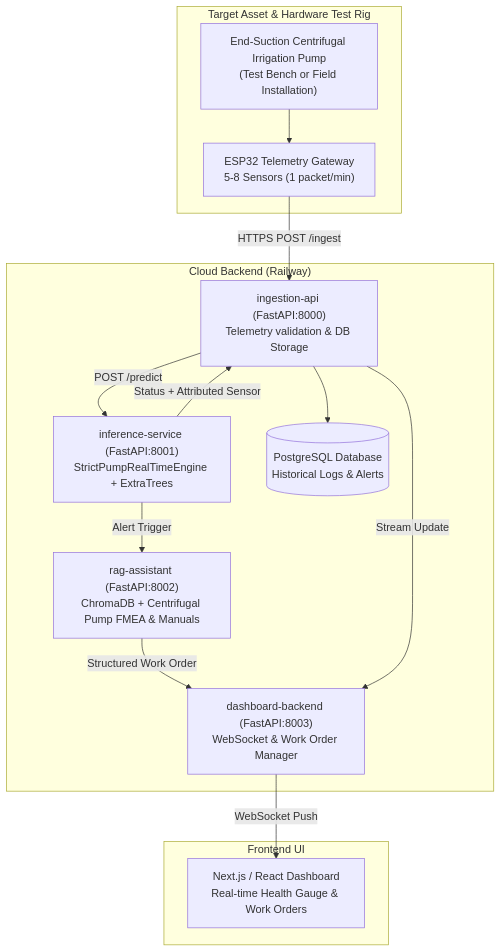
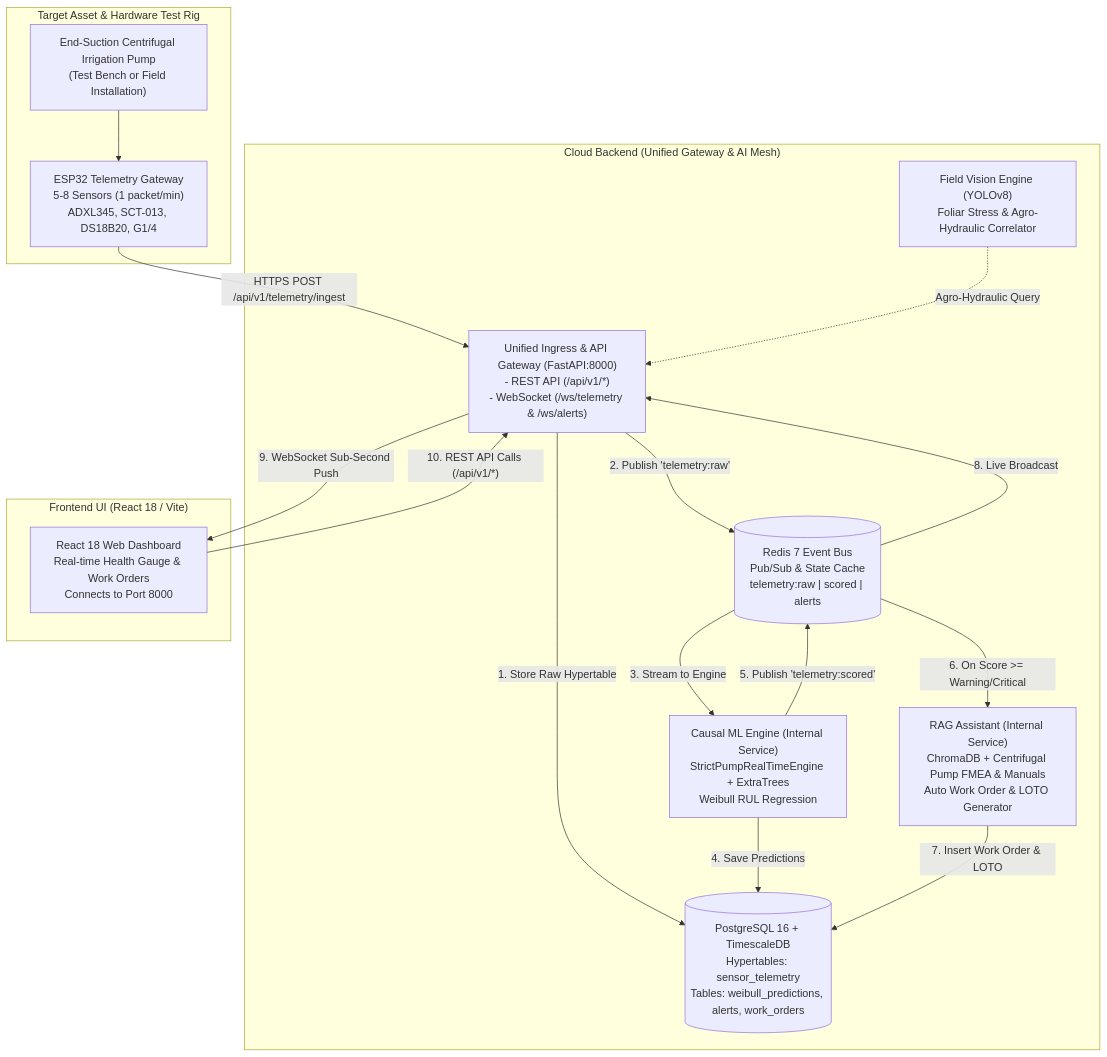
The second of 2 diagrams in docs/tsnem/AI_Pipeline_Completion_Plan.md (AbdoLailah586/AgriPulse), drawn with Mermaid before and after one commit. The commit also changed other lines of this file and 8 other files, not shown here.

Commit message:
feat(arch): unify system communication with Port 8000 Gateway, Redis Event Bus, and end-to-end integration report

````diff
--- a/docs/tsnem/AI_Pipeline_Completion_Plan.md
+++ b/docs/tsnem/AI_Pipeline_Completion_Plan.md
@@ -34,29 +34,34 @@
 ```mermaid
 flowchart TD
-    subgraph "Target Asset & Hardware Test Rig"
+    subgraph Edge ["Target Asset & Hardware Test Rig"]
         PUMP["End-Suction Centrifugal Irrigation Pump\n(Test Bench or Field Installation)"]
-        ESP["ESP32 Telemetry Gateway\n5-8 Sensors (1 packet/min)"]
+        ESP["ESP32 Telemetry Gateway\n5-8 Sensors (1 packet/min)\nADXL345, SCT-013, DS18B20, G1/4"]
         PUMP --> ESP
     end
 
-    subgraph "Cloud Backend (Railway)"
-        ING["ingestion-api (FastAPI:8000)\nTelemetry validation & DB Storage"]
-        INF["inference-service (FastAPI:8001)\nStrictPumpRealTimeEngine + ExtraTrees"]
-        RAG["rag-assistant (FastAPI:8002)\nChromaDB + Centrifugal Pump FMEA & Manuals"]
-        BE["dashboard-backend (FastAPI:8003)\nWebSocket & Work Order Manager"]
-        DB[("PostgreSQL Database\nHistorical Logs & Alerts")]
+    subgraph Backend ["Cloud Backend (Unified Gateway & AI Mesh)"]
+        GW["Unified Ingress & API Gateway (FastAPI:8000)\n- REST API (/api/v1/*)\n- WebSocket (/ws/telemetry & /ws/alerts)"]
+        BUS[("Redis 7 Event Bus\nPub/Sub & State Cache\ntelemetry:raw | scored | alerts")]
+        DB[("PostgreSQL 16 + TimescaleDB\nHypertables: sensor_telemetry\nTables: weibull_predictions, alerts, work_orders")]
+        INF["Causal ML Engine (Internal Service)\nStrictPumpRealTimeEngine + ExtraTrees\nWeibull RUL Regression"]
+        RAG["RAG Assistant (Internal Service)\nChromaDB + Centrifugal Pump FMEA & Manuals\nAuto Work Order & LOTO Generator"]
+        YOLO["Field Vision Engine (YOLOv8)\nFoliar Stress & Agro-Hydraulic Correlator"]
     end
 
-    subgraph "Frontend UI"
-        FE["Next.js / React Dashboard\nReal-time Health Gauge & Work Orders"]
+    subgraph Frontend ["Frontend UI (React 18 / Vite)"]
+        FE["React 18 Web Dashboard\nReal-time Health Gauge & Work Orders\nConnects to Port 8000"]
     end
 
-    ESP -->|"HTTPS POST /ingest"| ING
-    ING --> DB
-    ING -->|"POST /predict"| INF
-    INF -->|"Status + Attributed Sensor"| ING
-    INF -->|"Alert Trigger"| RAG
-    RAG -->|"Structured Work Order"| BE
-    ING -->|"Stream Update"| BE
-    BE -->|"WebSocket Push"| FE
+    ESP -->|"HTTPS POST /api/v1/telemetry/ingest"| GW
+    GW -->|"1. Store Raw Hypertable"| DB
+    GW -->|"2. Publish 'telemetry:raw'"| BUS
+    BUS -->|"3. Stream to Engine"| INF
+    INF -->|"4. Save Predictions"| DB
+    INF -->|"5. Publish 'telemetry:scored'"| BUS
+    BUS -->|"6. On Score >= Warning/Critical"| RAG
+    RAG -->|"7. Insert Work Order & LOTO"| DB
+    YOLO -.->|"Agro-Hydraulic Query"| GW
+    BUS -->|"8. Live Broadcast"| GW
+    GW -->|"9. WebSocket Sub-Second Push"| FE
+    FE -->|"10. REST API Calls (/api/v1/*)"| GW
 ```
````
